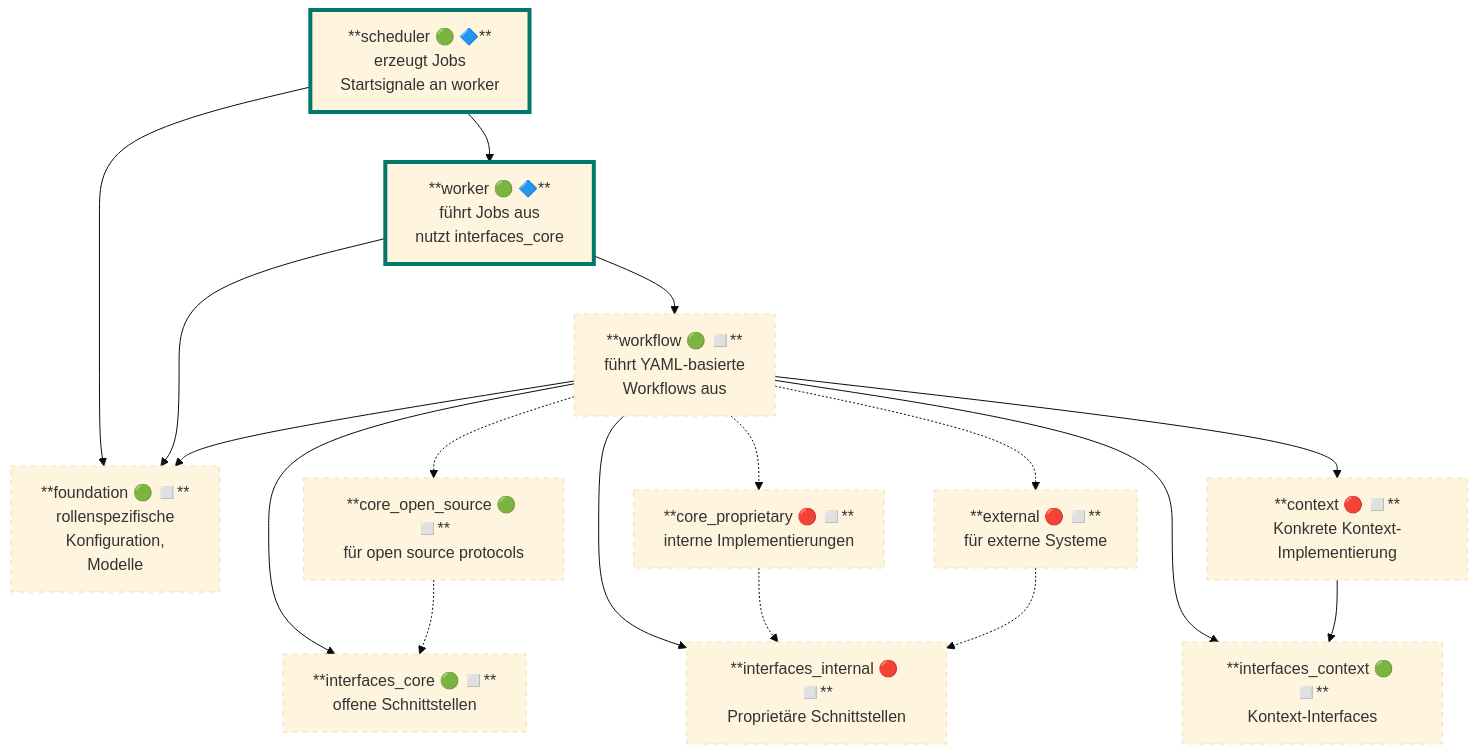
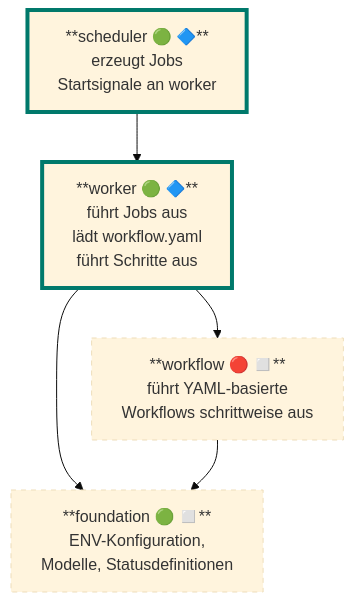
Before and after one commit to rgianordoli/rgianordoli: the diagram in SYSTEMARCHITEKTUR.md, drawn with Mermaid (base theme). The commit also changed 2 other files, not shown here.

Commit message:
initial commit: - Komponentenübersicht - Mermaid-Diagramm und YAML-basierte Konfiguration - Abschnitt zu Buch „Der Riss im Ablauf“ - Lizenz- und Veröffentlichungsinfos

````diff
--- a/SYSTEMARCHITEKTUR.md
+++ b/SYSTEMARCHITEKTUR.md
@@ -12,43 +12,20 @@
 ```mermaid
 flowchart TD
     Scheduler["**scheduler 🟢 🔷**<br/>erzeugt Jobs<br/>Startsignale an worker"]
-    Worker["**worker 🟢 🔷**<br/>führt Jobs aus<br/>nutzt interfaces_core"]
-    Workflow["**workflow 🟢 ◻️**<br/>führt YAML-basierte<br/>Workflows aus"]
+    Worker["**worker 🟢 🔷**<br/>führt Jobs aus<br/>lädt workflow.yaml<br/>führt Schritte aus"]
+    Workflow["**workflow 🔴 ◻️**<br/>führt YAML-basierte<br/>Workflows schrittweise aus"]
 
-    Foundation["**foundation 🟢 ◻️**<br/>rollenspezifische<br/>Konfiguration,<br/>Modelle"]
-
-    InterfacesCore["**interfaces_core 🟢 ◻️**<br/>offene Schnittstellen"]
-    InterfacesInternal["**interfaces_internal 🔴 ◻️**<br/>Proprietäre Schnittstellen"]
-    InterfacesContext["**interfaces_context 🟢 ◻️**<br/>Kontext-Interfaces"]
-
-    Context["**context 🔴 ◻️**<br/>Konkrete Kontext-Implementierung"]
-    Core["**core_proprietary 🔴 ◻️**<br/>interne Implementierungen"]
-    CoreOS["**core_open_source 🟢 ◻️**<br/>für open source protocols"]
-    CoreEXTERNAL["**external 🔴 ◻️**<br/>für externe Systeme"]
+    Foundation["**foundation 🟢 ◻️**<br/>ENV-Konfiguration,<br/>Modelle, Statusdefinitionen"]
 
     Scheduler --> Worker
-    Scheduler --> Foundation
     Worker --> Workflow
     Worker --> Foundation
-
-    Workflow --> InterfacesCore
-    Workflow --> InterfacesInternal
-    Workflow --> InterfacesContext
     Workflow --> Foundation
-    Workflow --> Context
-
-    Context --> InterfacesContext
-
-    Core -.-> InterfacesInternal
-    CoreOS -.-> InterfacesCore
-    CoreEXTERNAL -.-> InterfacesInternal
-    Workflow -.-> Core
-    Workflow -.-> CoreOS
-    Workflow -.-> CoreEXTERNAL
 
     classDef service stroke:#00796b,stroke-width:4px;
     classDef lib stroke-dasharray: 5 5;
 
     class Scheduler,Worker service;
-    class Workflow,Foundation,InterfacesCore,InterfacesInternal,InterfacesContext,Context,Core,CoreOS,CoreEXTERNAL lib;
+    class Workflow,Foundation lib;
+
 ```
````
